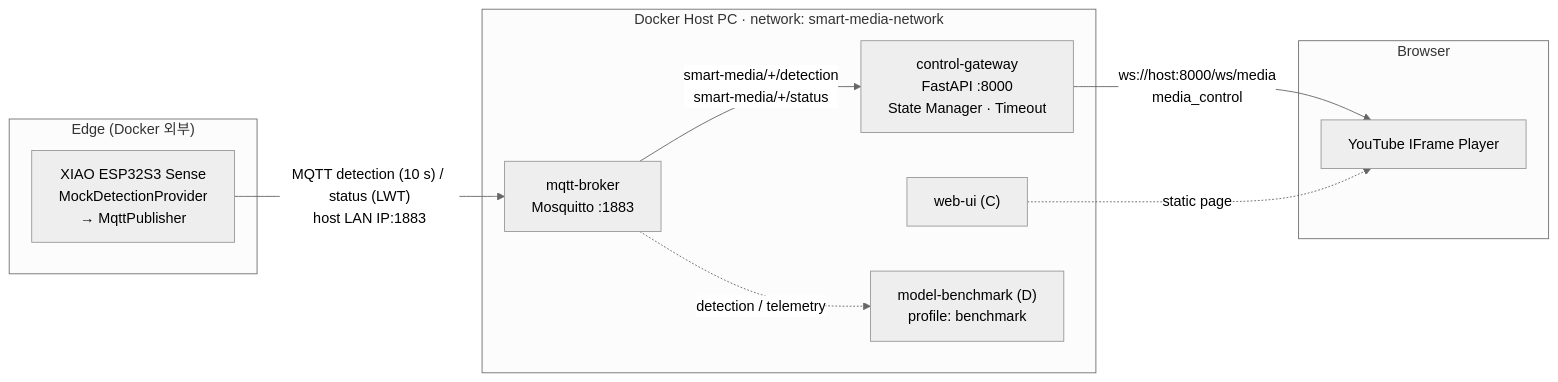
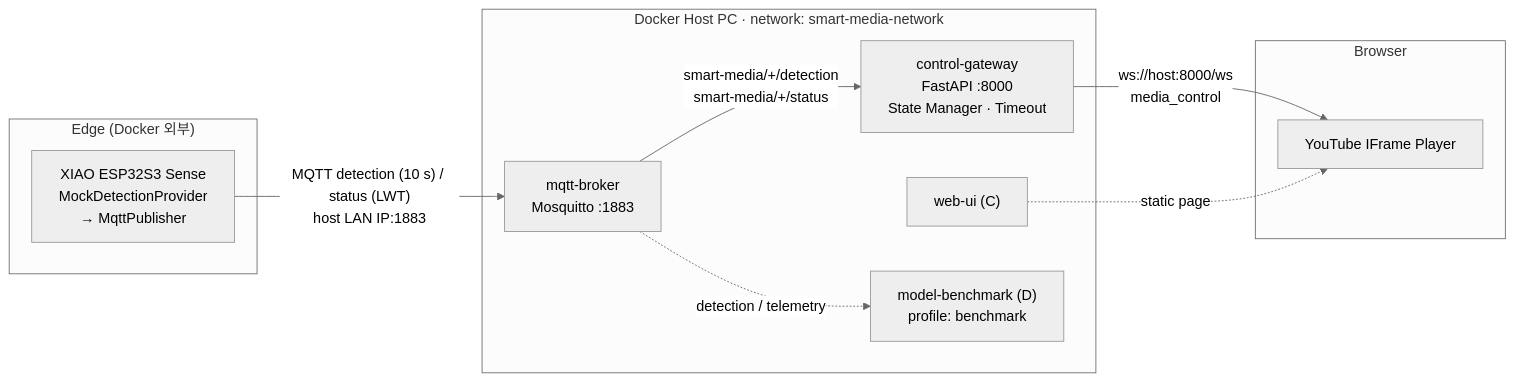
Before and after one commit to david-laugh/RealTime-Face-Media-Control: the first of 2 diagrams in docs/architecture.md, drawn with Mermaid (neutral theme). The commit also changed other lines of this file and 13 other files, not shown here.

````diff
--- a/docs/architecture.md
+++ b/docs/architecture.md
@@ -24,23 +24,23 @@
 ```mermaid
 flowchart LR
     subgraph Edge["Edge (Docker 외부)"]
         XIAO["XIAO ESP32S3 Sense<br/>MockDetectionProvider<br/>→ MqttPublisher"]
     end
 
     subgraph Host["Docker Host PC · network: smart-media-network"]
         BROKER["mqtt-broker<br/>Mosquitto :1883"]
         GW["control-gateway<br/>FastAPI :8000<br/>State Manager · Timeout"]
         WEB["web-ui (C)"]
         BENCH["model-benchmark (D)<br/>profile: benchmark"]
     end
 
     subgraph Browser["Browser"]
         YT["YouTube IFrame Player"]
     end
 
     XIAO -- "MQTT detection (10 s) / status (LWT)<br/>host LAN IP:1883" --> BROKER
     BROKER -- "smart-media/+/detection<br/>smart-media/+/status" --> GW
-    GW -- "ws://host:8000/ws/media<br/>media_control" --> YT
+    GW -- "ws://host:8000/ws<br/>media_control" --> YT
     WEB -. "static page" .-> YT
     BROKER -. "detection / telemetry" .-> BENCH
 ```
````
